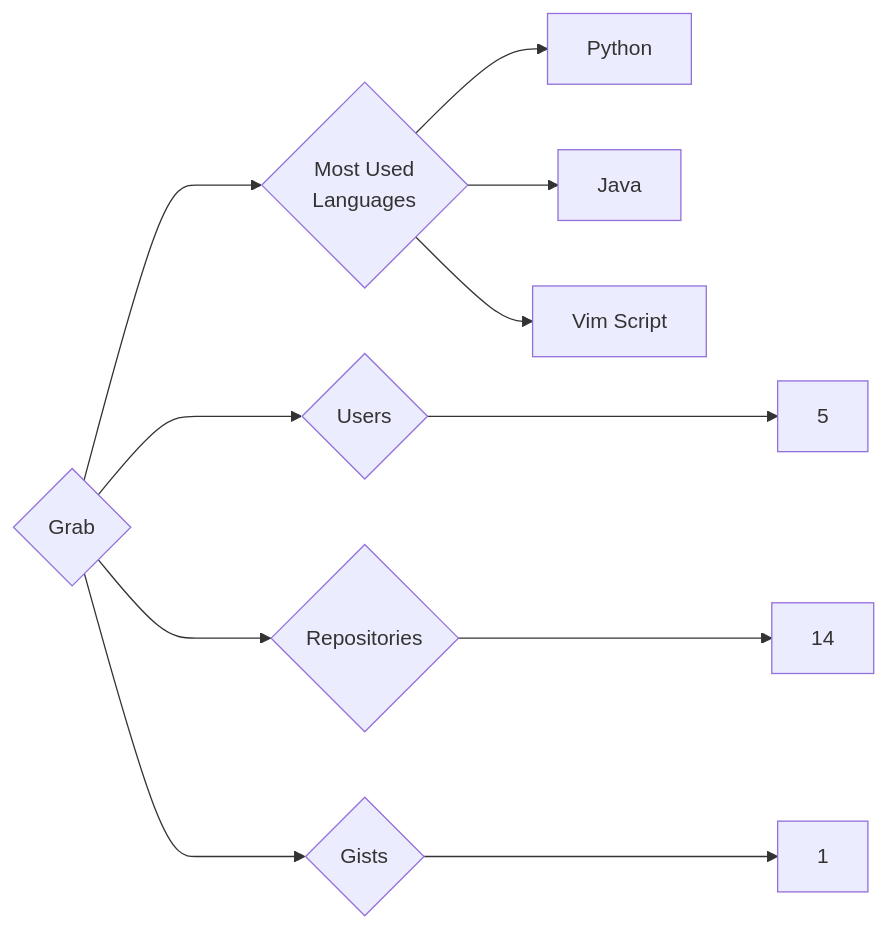
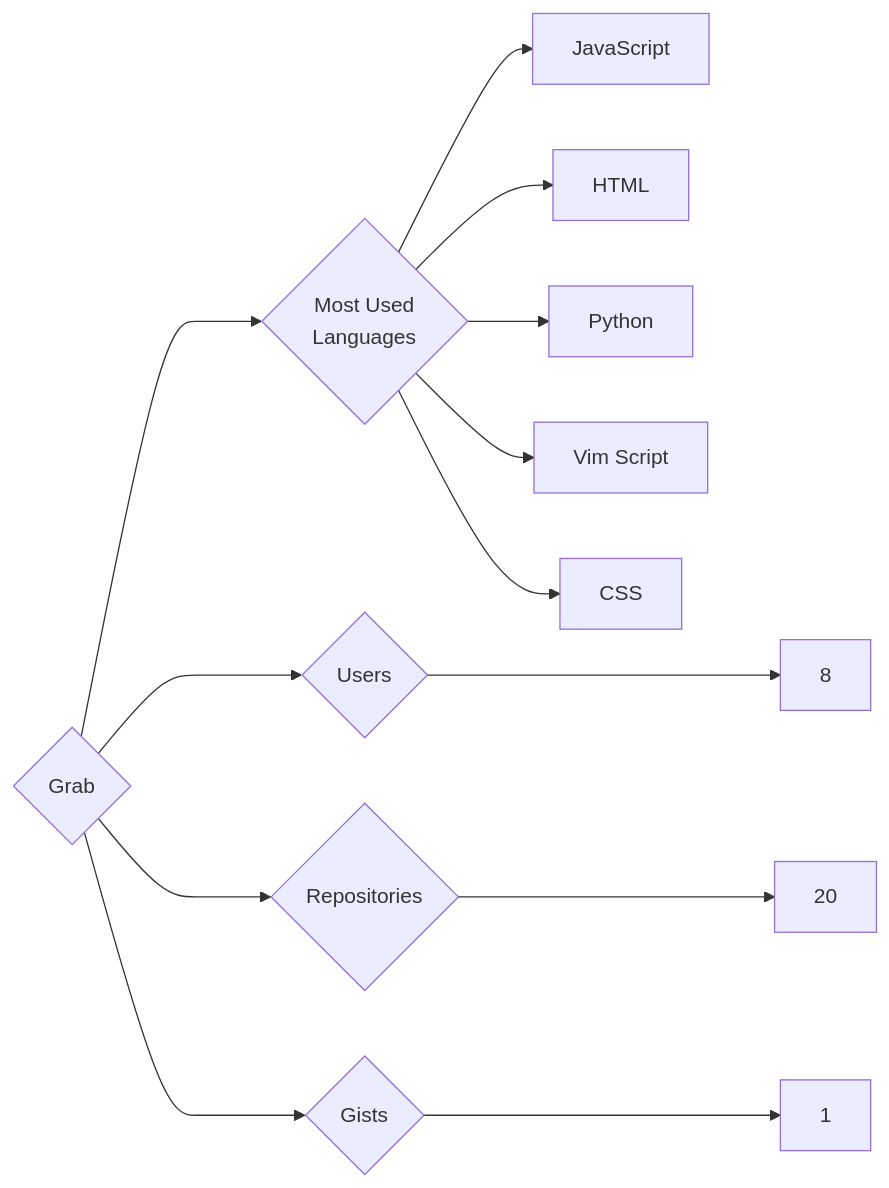
One commit to trickest/insiders changed the diagram in targets/Grab/README.md. Above: the diagram before and after it, drawn with Mermaid. The commit also changed 1120 other files, not shown here.

````diff
--- a/targets/Grab/README.md
+++ b/targets/Grab/README.md
@@ -3,11 +3,13 @@
 ```mermaid
 graph LR
 COMPANY_NAME{Grab}
-COMPANY_NAME ---> U{Users} ---> UN[5]
-COMPANY_NAME ---> R{Repositories} ---> RN[14]
+COMPANY_NAME ---> U{Users} ---> UN[8]
+COMPANY_NAME ---> R{Repositories} ---> RN[20]
 COMPANY_NAME ---> G{Gists} ---> GN[1]
 COMPANY_NAME ---> ML{Most Used<br>Languages}
+ML --> JavaScript[JavaScript]
+ML --> HTML[HTML]
 ML --> Python[Python]
-ML --> Java[Java]
 ML --> Vim_Script[Vim Script]
+ML --> CSS[CSS]
 ```
````
